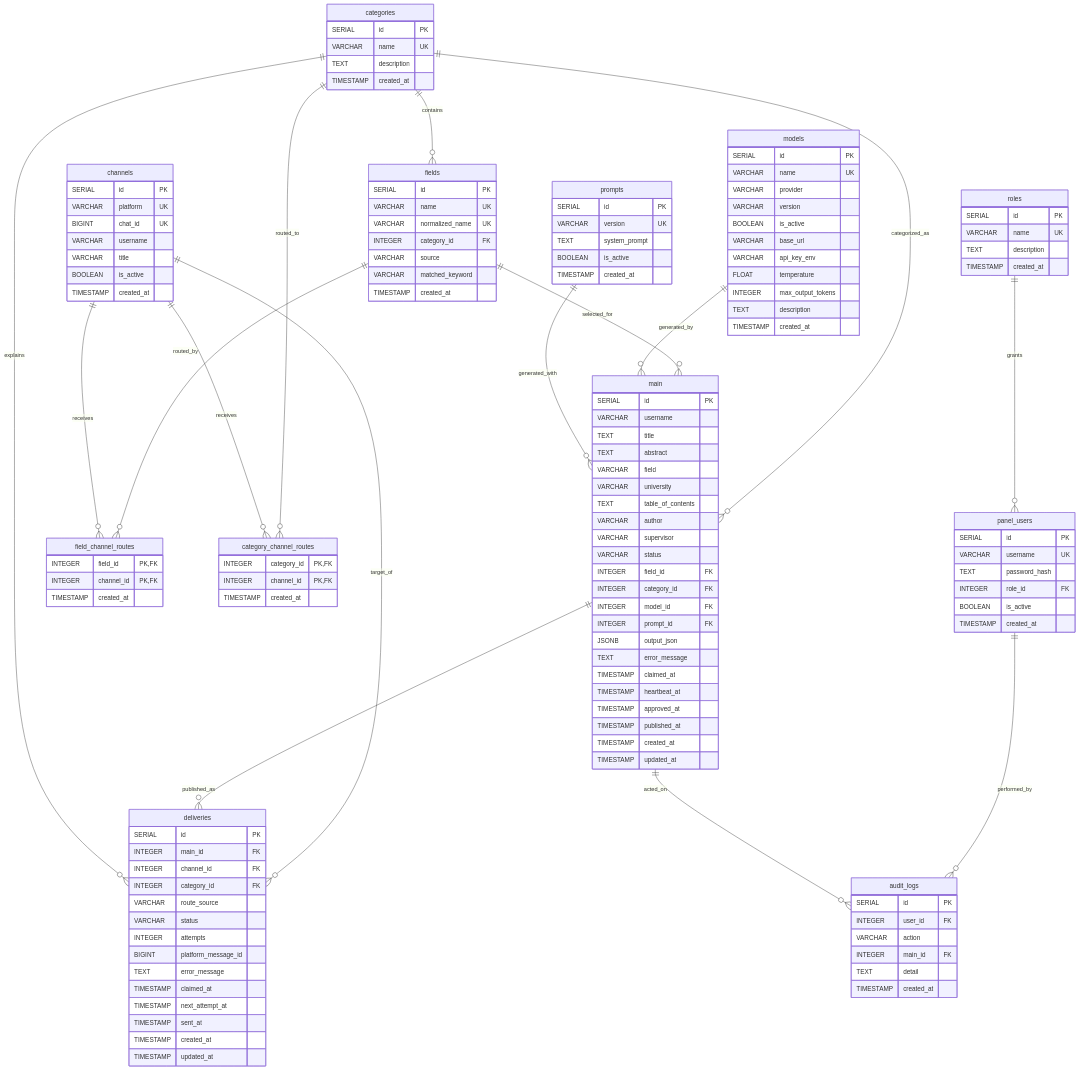
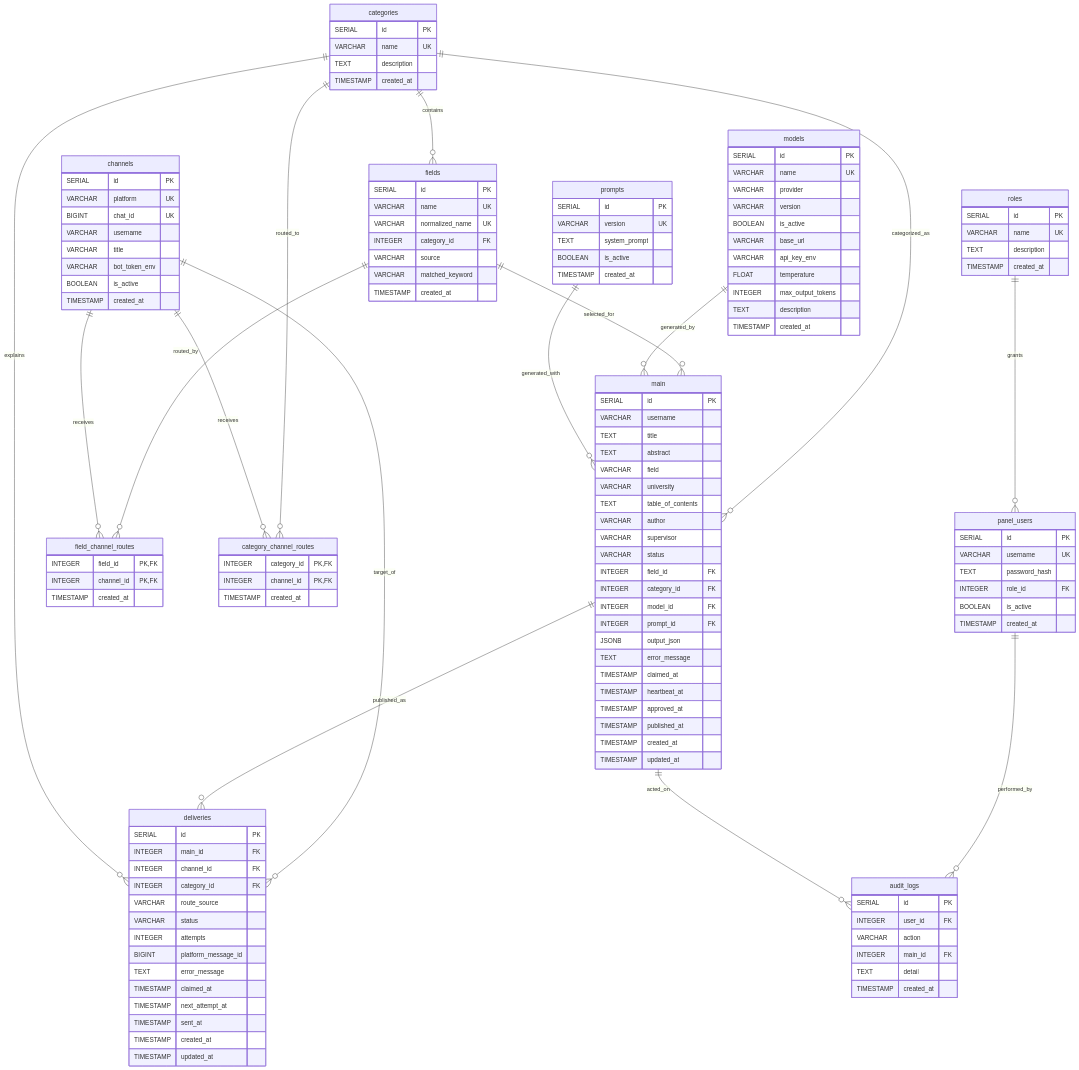
One commit to MohadeseAnsari/project changed the diagram in docs/erd.md. Above: the diagram before and after it, drawn with Mermaid. The commit also changed 7 other files, not shown here.

First line of the commit message:
feat(channels): per-channel bot token override

```diff
--- a/docs/erd.md
+++ b/docs/erd.md
@@ -113,6 +113,7 @@
         BIGINT chat_id UK
         VARCHAR username
         VARCHAR title
+        VARCHAR bot_token_env
         BOOLEAN is_active
         TIMESTAMP created_at
     }
```
